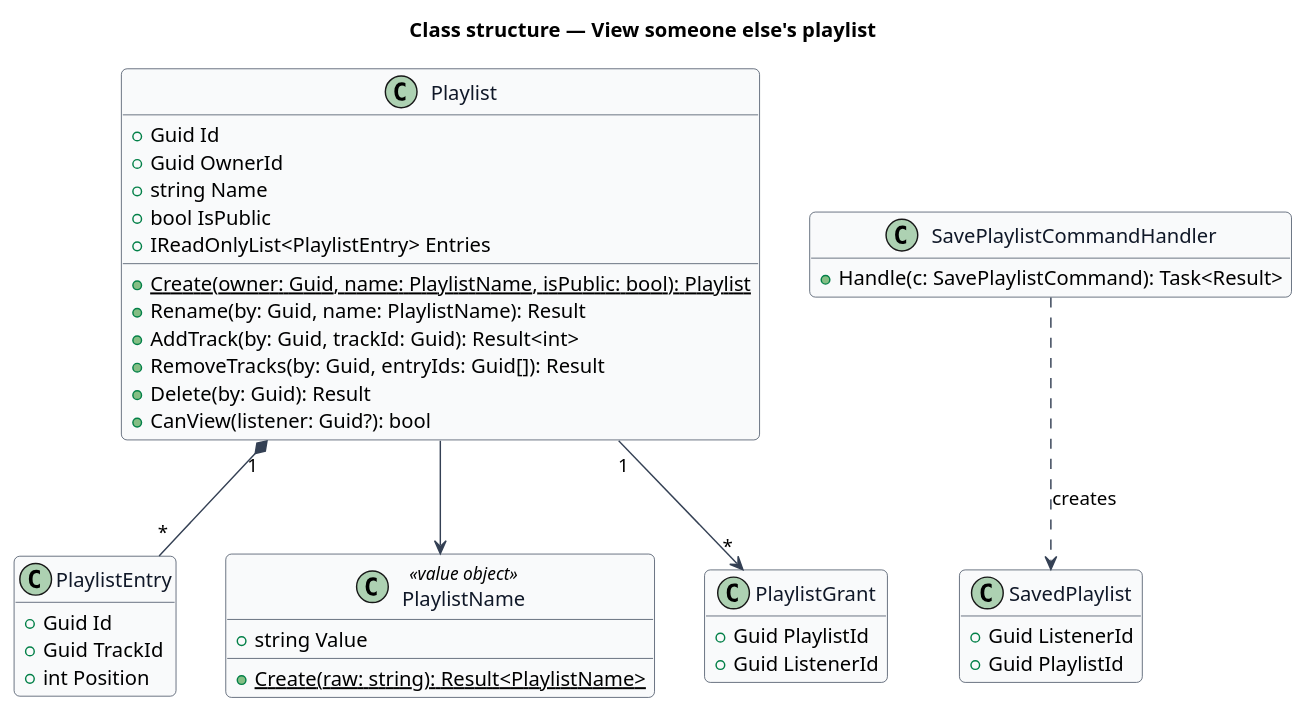
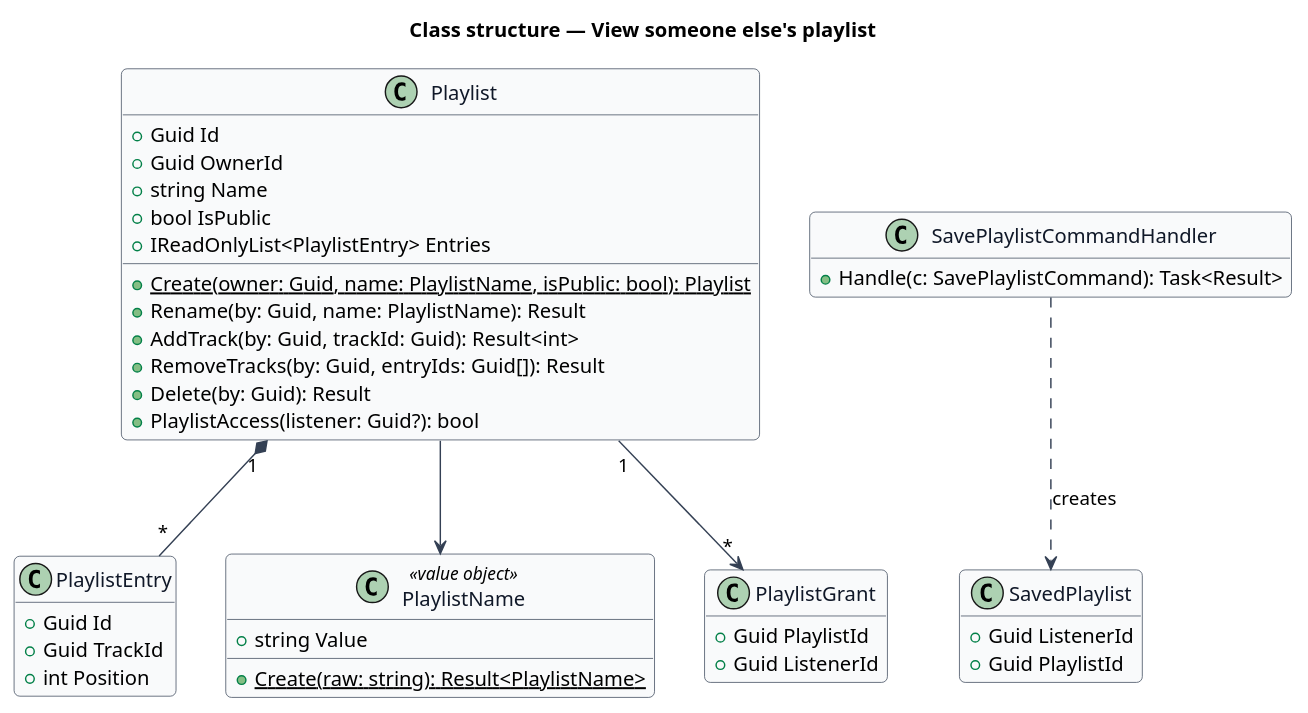
Before and after one commit to QuinntyneBrown/hummi: the diagram in docs/detailed-designs/library/view-others-playlist/diagrams/class-structure.puml, drawn with PlantUML. The commit also changed 161 other files, not shown here.

```diff
--- a/docs/detailed-designs/library/view-others-playlist/diagrams/class-structure.puml
+++ b/docs/detailed-designs/library/view-others-playlist/diagrams/class-structure.puml
@@ -1,53 +1,53 @@
 @startuml
 skinparam backgroundColor #FFFFFF
 skinparam shadowing false
 skinparam roundcorner 8
 skinparam defaultFontName Arial
 skinparam ArrowColor #344054
 skinparam class {
   BorderColor #344054
   FontColor #101828
   BackgroundColor #F9FAFB
 }
 hide empty members
 title Class structure — View someone else's playlist
 
 class Playlist {
   +Guid Id
   +Guid OwnerId
   +string Name
   +bool IsPublic
   +IReadOnlyList<PlaylistEntry> Entries
   +{static} Create(owner: Guid, name: PlaylistName, isPublic: bool): Playlist
   +Rename(by: Guid, name: PlaylistName): Result
   +AddTrack(by: Guid, trackId: Guid): Result<int>
   +RemoveTracks(by: Guid, entryIds: Guid[]): Result
   +Delete(by: Guid): Result
-  +CanView(listener: Guid?): bool
+  +PlaylistAccess(listener: Guid?): bool
 }
 class PlaylistEntry {
   +Guid Id
   +Guid TrackId
   +int Position
 }
 class PlaylistName <<value object>> {
   +string Value
   +{static} Create(raw: string): Result<PlaylistName>
 }
 Playlist "1" *-- "*" PlaylistEntry
 Playlist --> PlaylistName
 
 class PlaylistGrant {
   +Guid PlaylistId
   +Guid ListenerId
 }
 class SavedPlaylist {
   +Guid ListenerId
   +Guid PlaylistId
 }
 class SavePlaylistCommandHandler {
   +Handle(c: SavePlaylistCommand): Task<Result>
 }
 Playlist "1" --> "*" PlaylistGrant
 SavePlaylistCommandHandler ..> SavedPlaylist : creates
 @enduml
```
